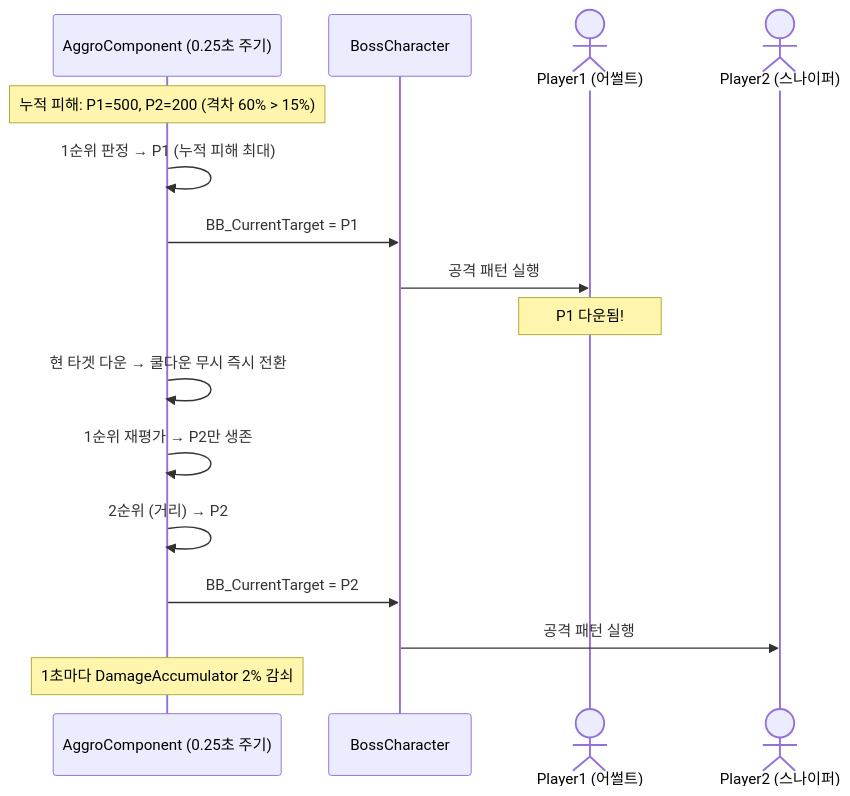
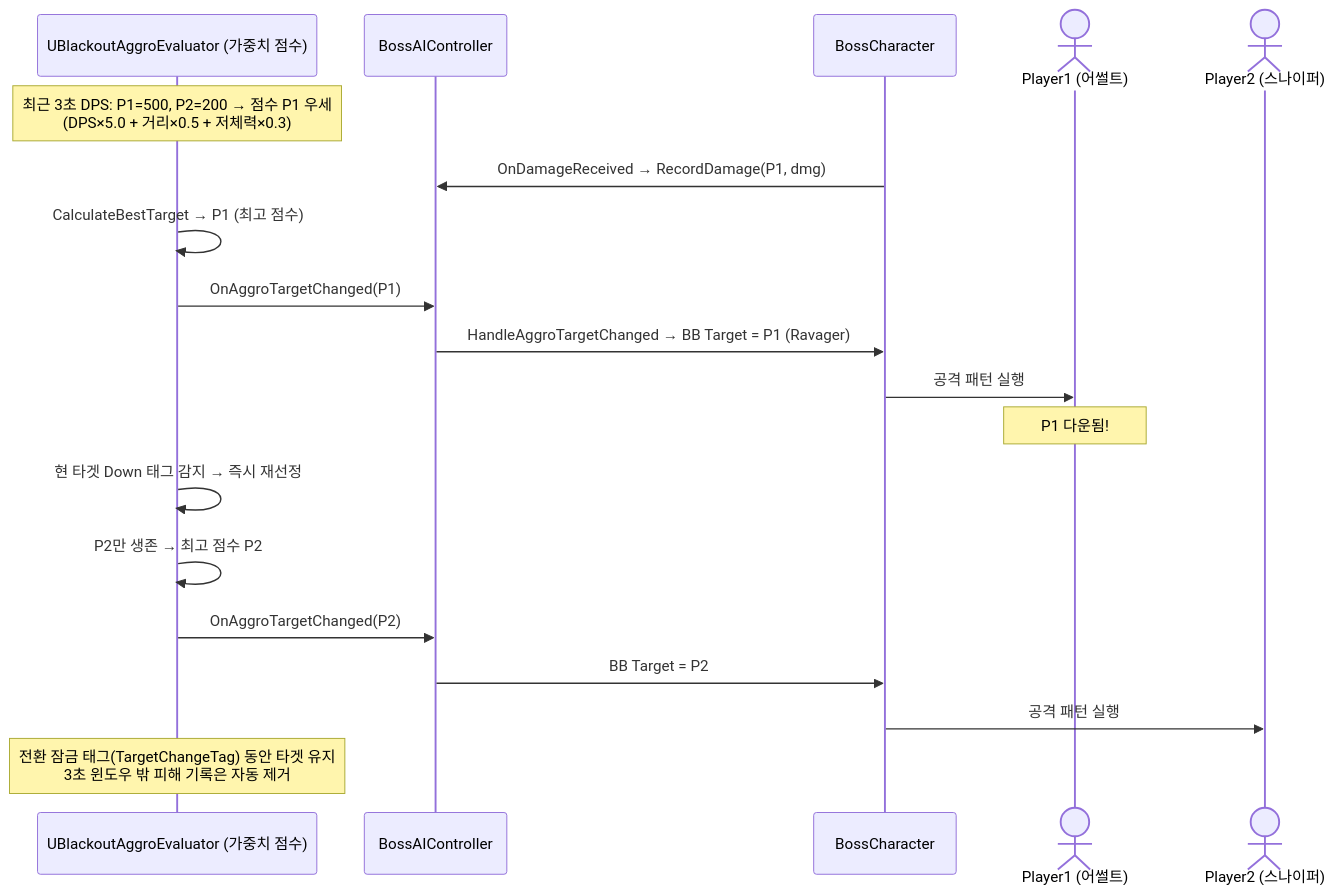
The sixth of 14 diagrams in Docs/Project_Blackout_시퀀스다이어그램.md (seongwon1579/ProjectBlackout), drawn with Mermaid before and after one commit. The commit also changed 29 other files, not shown here.

````diff
--- a/Docs/Project_Blackout_시퀀스다이어그램.md
+++ b/Docs/Project_Blackout_시퀀스다이어그램.md
@@ -175,23 +175,26 @@
 ```mermaid
 sequenceDiagram
-    participant Aggro as AggroComponent (0.25초 주기)
+    participant Aggro as UBlackoutAggroEvaluator (가중치 점수)
+    participant Ctrl as BossAIController
     participant Boss as BossCharacter
     actor P1 as Player1 (어썰트)
     actor P2 as Player2 (스나이퍼)
 
-    Note over Aggro: 누적 피해: P1=500, P2=200 (격차 60% > 15%)
+    Note over Aggro: 최근 3초 DPS: P1=500, P2=200 → 점수 P1 우세<br/>(DPS×5.0 + 거리×0.5 + 저체력×0.3)
 
-    Aggro->>Aggro: 1순위 판정 → P1 (누적 피해 최대)
-    Aggro->>Boss: BB_CurrentTarget = P1
+    Boss->>Ctrl: OnDamageReceived → RecordDamage(P1, dmg)
+    Aggro->>Aggro: CalculateBestTarget → P1 (최고 점수)
+    Aggro->>Ctrl: OnAggroTargetChanged(P1)
+    Ctrl->>Boss: HandleAggroTargetChanged → BB Target = P1 (Ravager)
     Boss->>P1: 공격 패턴 실행
 
     Note over P1: P1 다운됨!
 
-    Aggro->>Aggro: 현 타겟 다운 → 쿨다운 무시 즉시 전환
-    Aggro->>Aggro: 1순위 재평가 → P2만 생존
-    Aggro->>Aggro: 2순위 (거리) → P2
-    Aggro->>Boss: BB_CurrentTarget = P2
+    Aggro->>Aggro: 현 타겟 Down 태그 감지 → 즉시 재선정
+    Aggro->>Aggro: P2만 생존 → 최고 점수 P2
+    Aggro->>Ctrl: OnAggroTargetChanged(P2)
+    Ctrl->>Boss: BB Target = P2
     Boss->>P2: 공격 패턴 실행
 
-    Note over Aggro: 1초마다 DamageAccumulator 2% 감쇠
+    Note over Aggro: 전환 잠금 태그(TargetChangeTag) 동안 타겟 유지<br/>3초 윈도우 밖 피해 기록은 자동 제거
 ```
````
